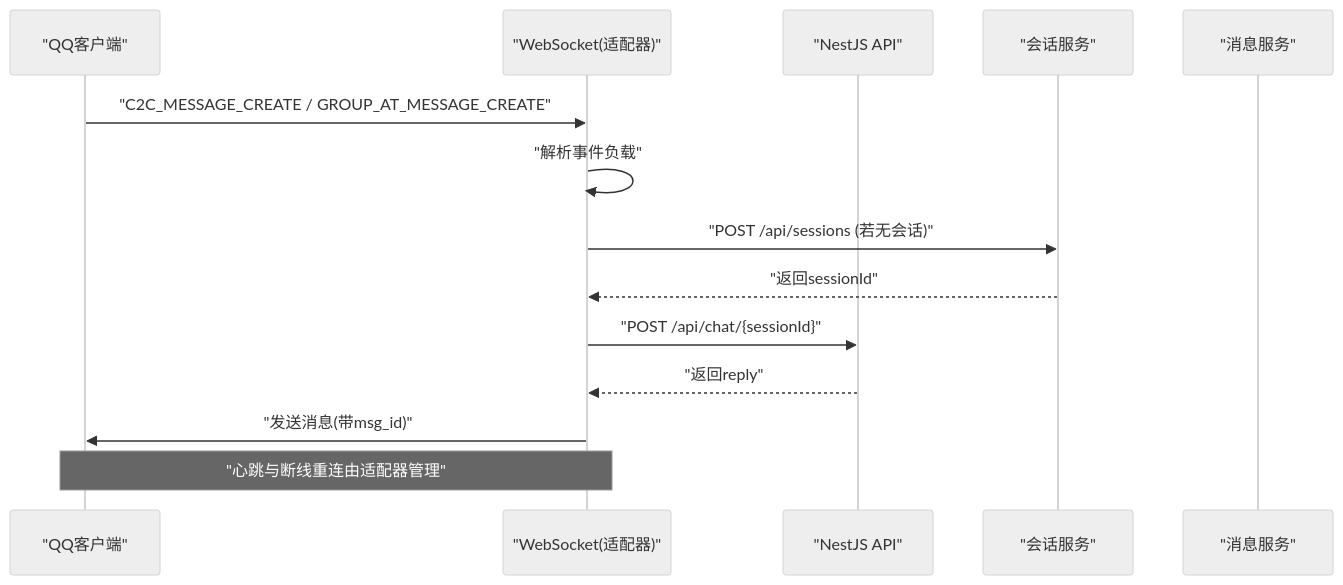
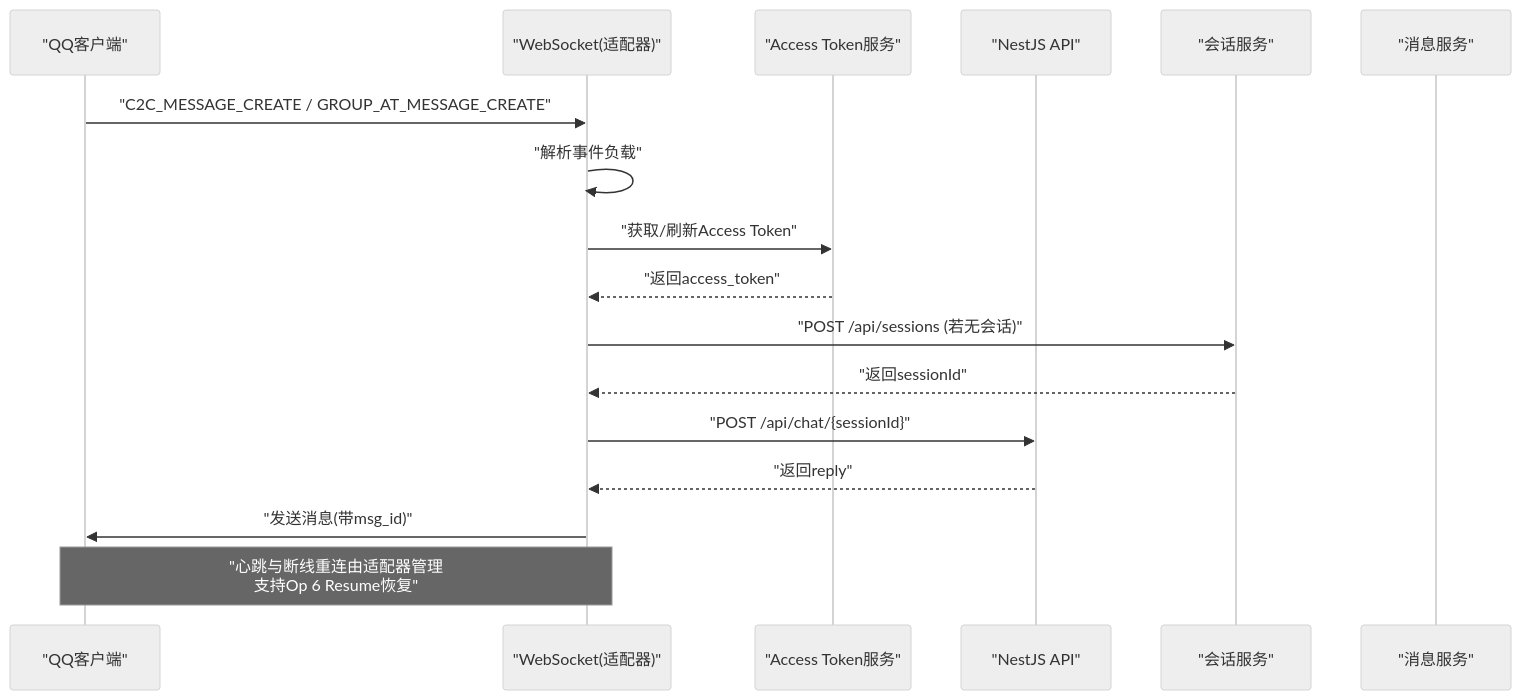
One commit to L1mingyoung/ex changed the second of 11 diagrams in .qoder/repowiki/zh/content/多平台适配器/QQ机器人适配器.md. Above: the diagram before and after it, drawn with Mermaid (neutral theme). The commit also changed other lines of this file and 17 other files, not shown here.

````diff
--- a/.qoder/repowiki/zh/content/多平台适配器/QQ机器人适配器.md
+++ b/.qoder/repowiki/zh/content/多平台适配器/QQ机器人适配器.md
@@ -103,16 +116,19 @@
 ```mermaid
 sequenceDiagram
 participant Q as "QQ客户端"
 participant WS as "WebSocket(适配器)"
+participant AT as "Access Token服务"
 participant API as "NestJS API"
 participant S as "会话服务"
 participant M as "消息服务"
 Q->>WS : "C2C_MESSAGE_CREATE / GROUP_AT_MESSAGE_CREATE"
 WS->>WS : "解析事件负载"
+WS->>AT : "获取/刷新Access Token"
+AT-->>WS : "返回access_token"
 WS->>S : "POST /api/sessions (若无会话)"
 S-->>WS : "返回sessionId"
 WS->>API : "POST /api/chat/{sessionId}"
 API-->>WS : "返回reply"
 WS->>Q : "发送消息(带msg_id)"
-Note over WS,Q : "心跳与断线重连由适配器管理"
+Note over WS,Q : "心跳与断线重连由适配器管理<br/>支持Op 6 Resume恢复"
 ```
````
